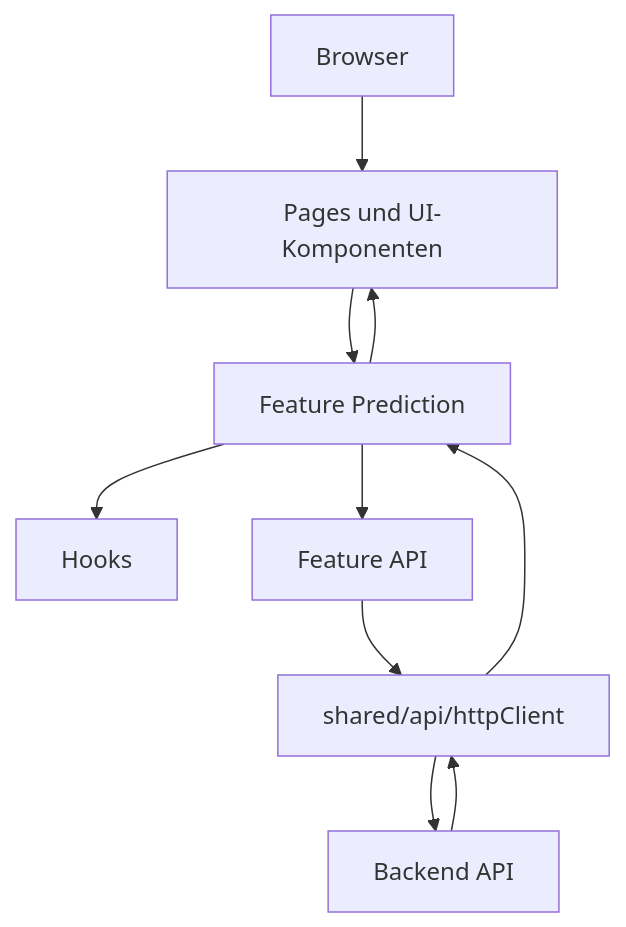
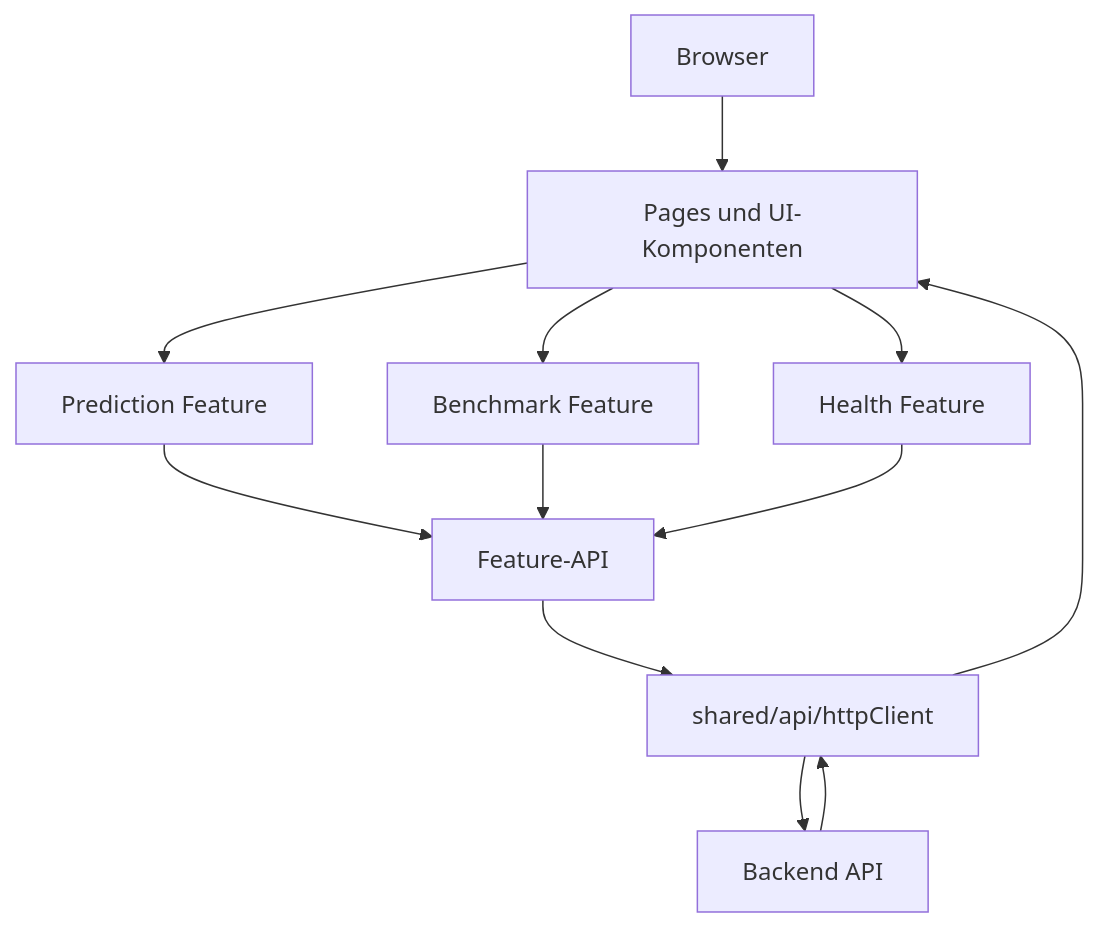
One commit to niMtAndoX/cnn-fruiting-body-modeling-tp-ss26 changed the diagram in apps/web/README.md. Above: the diagram before and after it, drawn with Mermaid. The commit also changed other lines of this file and 4 other files, not shown here.

````diff
--- a/apps/web/README.md
+++ b/apps/web/README.md
@@ -144,12 +392,14 @@
 ```mermaid
 flowchart TD
     U[Browser] --> UI[Pages und UI-Komponenten]
-    UI --> F[Feature Prediction]
-    F --> H[Hooks]
-    F --> A[Feature API]
+    UI --> F1[Prediction Feature]
+    UI --> F2[Benchmark Feature]
+    UI --> F3[Health Feature]
+    F1 --> A[Feature-API]
+    F2 --> A
+    F3 --> A
     A --> S[shared/api/httpClient]
     S --> B[Backend API]
     B --> S
-    S --> F
-    F --> UI
+    S --> UI
 ```
````
